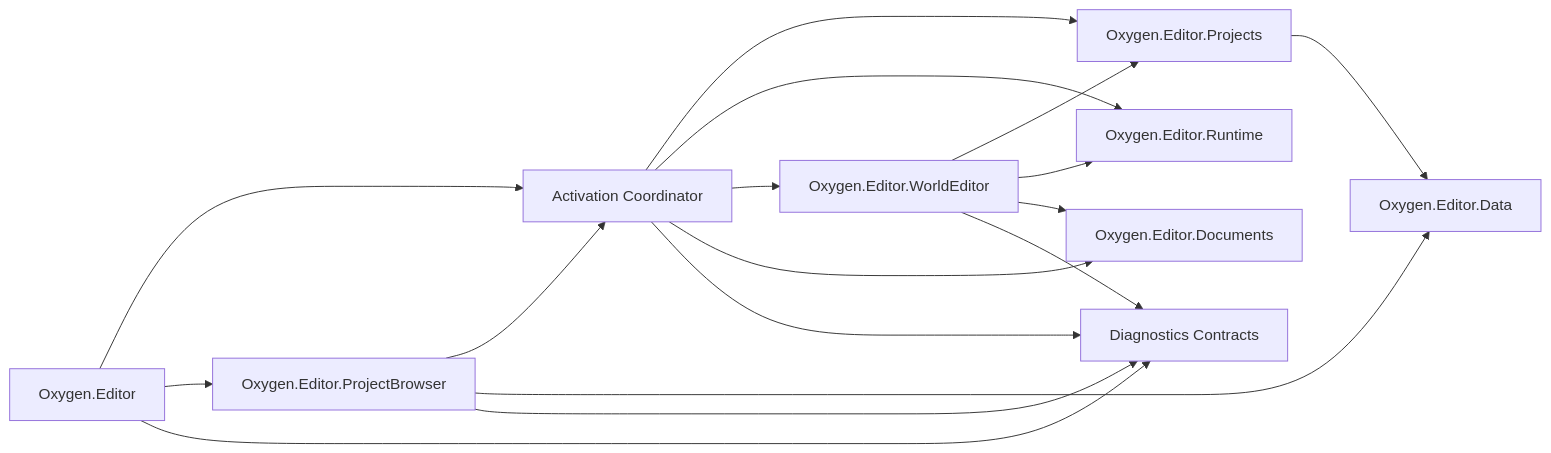
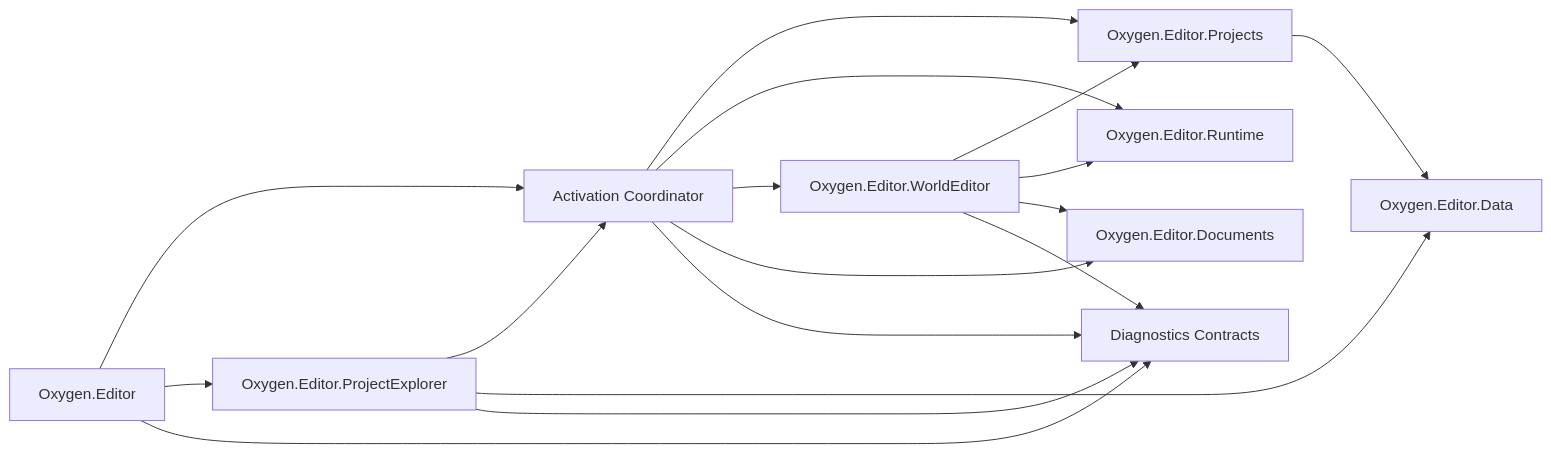
Before and after one commit to abdes/DroidNet: the second of 2 diagrams in design/editor/lld/project-workspace-shell.md, drawn with Mermaid. The commit also changed other lines of this file and 104 other files, not shown here.

First line of the commit message:
refactor(project-explorer): name the start experience ProjectExplorer

````diff
--- a/design/editor/lld/project-workspace-shell.md
+++ b/design/editor/lld/project-workspace-shell.md
@@ -449,29 +449,29 @@
 ```mermaid
 flowchart LR
     Editor[Oxygen.Editor]
     Coordinator[Activation Coordinator]
-    PB[Oxygen.Editor.ProjectBrowser]
+    PB[Oxygen.Editor.ProjectExplorer]
     Projects[Oxygen.Editor.Projects]
     Data[Oxygen.Editor.Data]
     Runtime[Oxygen.Editor.Runtime]
     WE[Oxygen.Editor.WorldEditor]
     Docs[Oxygen.Editor.Documents]
     Diag[Diagnostics Contracts]
 
     Editor --> Coordinator
     Editor --> PB
     Editor --> Diag
     Coordinator --> Projects
     Coordinator --> Runtime
     Coordinator --> WE
     Coordinator --> Docs
     Coordinator --> Diag
     PB --> Coordinator
     PB --> Data
     PB --> Diag
     Projects --> Data
     WE --> Projects
     WE --> Runtime
     WE --> Docs
     WE --> Diag
 ```
````
